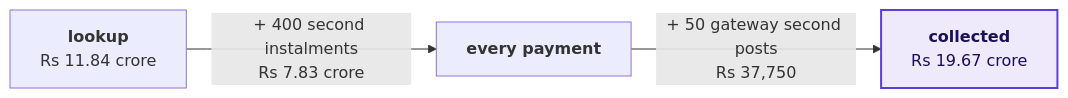
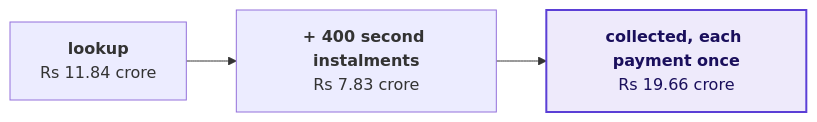
One commit to fde-academy-lab/c2-content-factory changed diagram 23 of 24 in content/W02/D5/slides/C2_W02_D05_half1_STUDENT.md. Above: the diagram before and after it, drawn with Mermaid. The commit also changed other lines of this file and 3 other files, not shown here.

First line of the commit message:
W02 D5 decks: chapter 5 counts every payment once, maps open on the options, predicts on the slide before each answer, notes end on transitions

````diff
--- a/content/W02/D5/slides/C2_W02_D05_half1_STUDENT.md
+++ b/content/W02/D5/slides/C2_W02_D05_half1_STUDENT.md
@@ -1498,7 +1556,7 @@
 ```mermaid
 flowchart LR
-    L["<b>lookup</b><br/>Rs 11.84 crore"] -->|"+ 400 second instalments<br/>Rs 7.83 crore"| M["<b>every payment</b>"]
-    M -->|"+ 50 gateway second posts<br/>Rs 37,750"| S["<b>collected</b><br/>Rs 19.67 crore"]
+    L["<b>lookup</b><br/>Rs 11.84 crore"] --> M["<b>+ 400 second instalments</b><br/>Rs 7.83 crore"]
+    M --> S["<b>collected, each payment once</b><br/>Rs 19.66 crore"]
     classDef known fill:#EEEAFB,stroke:#5B3FD6,color:#1A0F5C,stroke-width:2px
     class S known
 ```
````
